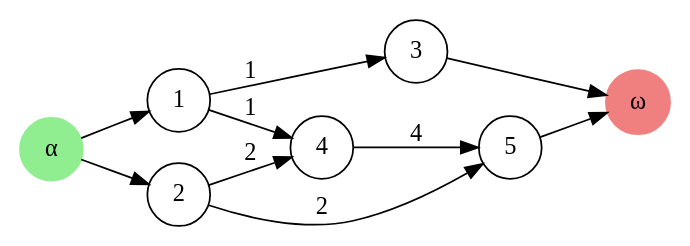
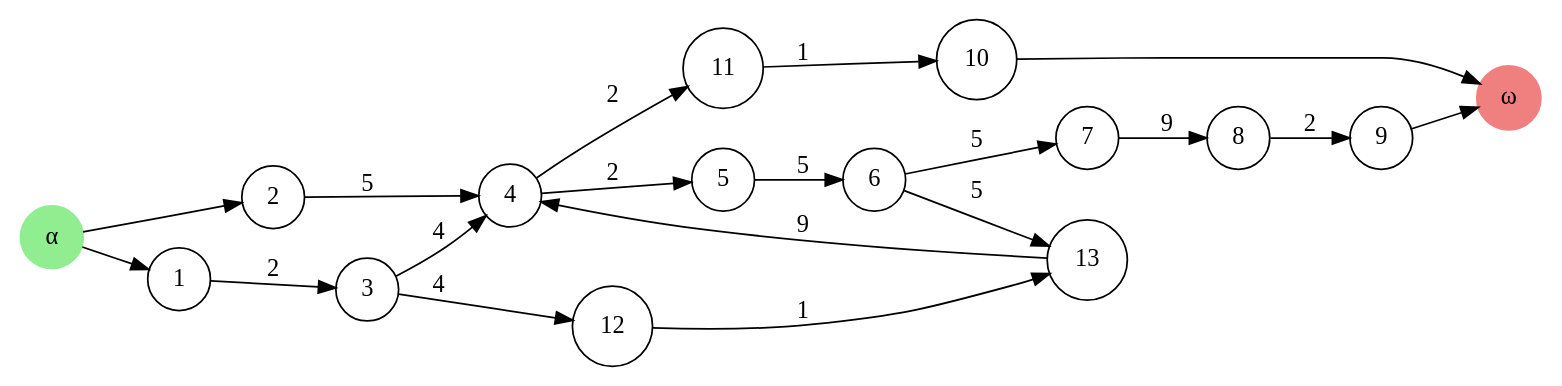
Before and after one commit to ktzkvin/GraphProjectL3: the diagram in data/graph.gv, drawn with Graphviz. The commit also changed 4 other files, not shown here.

```diff
--- a/data/graph.gv
+++ b/data/graph.gv
@@ -1,20 +1,37 @@
 // Graphe de contraintes
 digraph {
 	rankdir=LR
 	1 [label=1 shape=circle]
 	2 [label=2 shape=circle]
 	3 [label=3 shape=circle]
 	4 [label=4 shape=circle]
 	5 [label=5 shape=circle]
-	1 -> 3 [label=1]
-	1 -> 4 [label=1]
-	2 -> 4 [label=2]
-	2 -> 5 [label=2]
-	4 -> 5 [label=4]
+	6 [label=6 shape=circle]
+	7 [label=7 shape=circle]
+	8 [label=8 shape=circle]
+	9 [label=9 shape=circle]
+	10 [label=10 shape=circle]
+	11 [label=11 shape=circle]
+	12 [label=12 shape=circle]
+	13 [label=13 shape=circle]
+	1 -> 3 [label=2]
+	2 -> 4 [label=5]
+	3 -> 4 [label=4]
+	13 -> 4 [label=9]
+	4 -> 5 [label=2]
+	5 -> 6 [label=5]
+	6 -> 7 [label=5]
+	7 -> 8 [label=9]
+	8 -> 9 [label=2]
+	11 -> 10 [label=1]
+	4 -> 11 [label=2]
+	3 -> 12 [label=4]
+	6 -> 13 [label=5]
+	12 -> 13 [label=1]
 	Alpha [label="α" color=lightgreen shape=circle style=filled]
 	Alpha -> 1 [label=""]
 	Alpha -> 2 [label=""]
 	Omega [label="ω" color=lightcoral shape=circle style=filled]
-	3 -> Omega [label=""]
-	5 -> Omega [label=""]
+	9 -> Omega [label=""]
+	10 -> Omega [label=""]
 }
```
